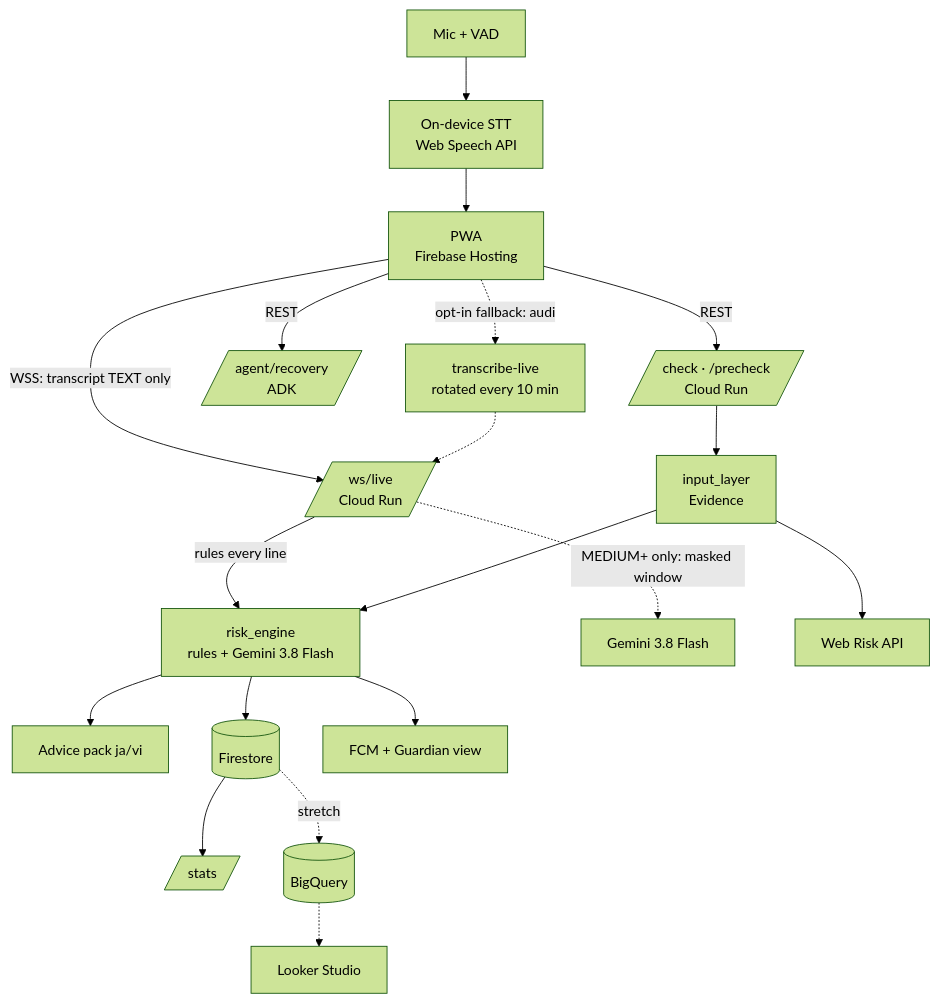
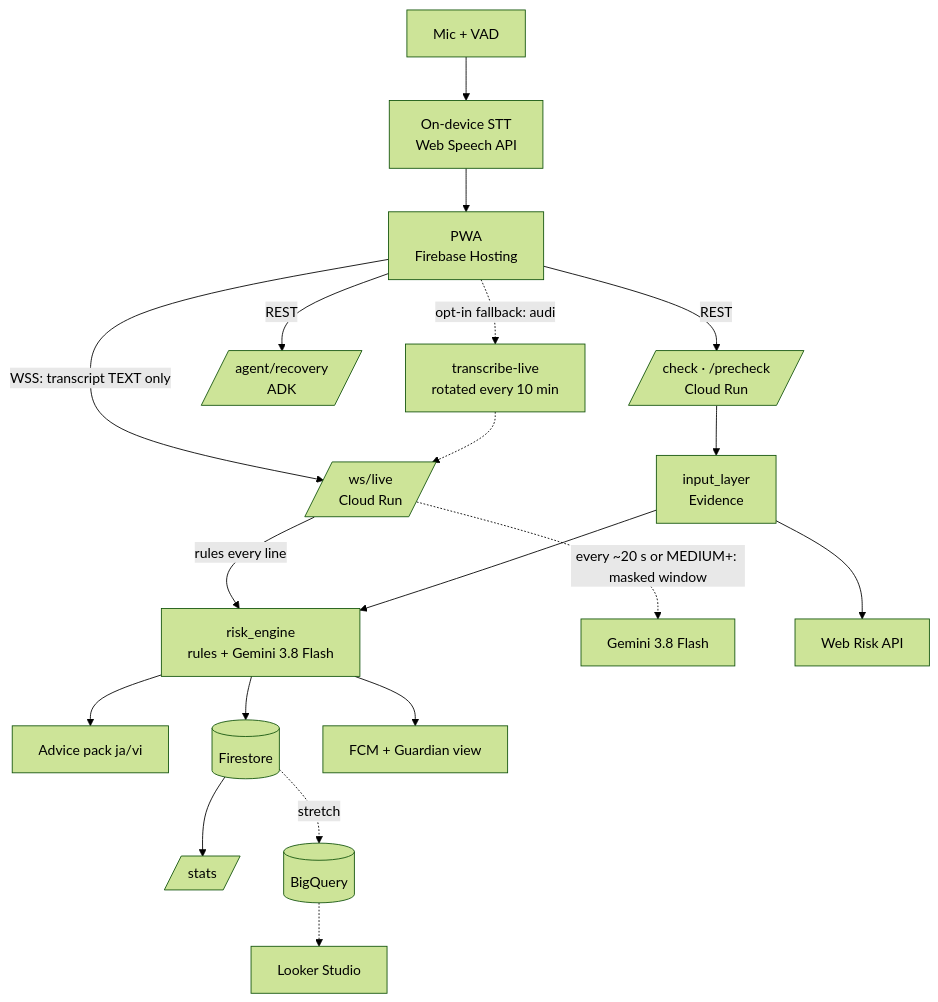
Before and after one commit to TinNV4/sagi-shield: the first of 2 diagrams in docs/PLAN.md, drawn with Mermaid (forest theme). The commit also changed other lines of this file and 6 other files, not shown here.

First line of the commit message:
Docs: one HIGH recall figure (91.2%), six agent tools, live gate as running

````diff
--- a/docs/PLAN.md
+++ b/docs/PLAN.md
@@ -145,19 +145,19 @@
 ```mermaid
 flowchart TD
   MIC[Mic + VAD] --> OSTT[On-device STT<br/>Web Speech API]
   OSTT --> U
   U[PWA<br/>Firebase Hosting] -->|WSS: transcript TEXT only| L[/ws/live<br/>Cloud Run/]
   U -->|REST| C[/check · /precheck<br/>Cloud Run/]
   U -->|REST| AG[/agent/recovery<br/>ADK/]
   L -->|rules every line| E
-  L -.MEDIUM+ only: masked window.-> G[Gemini 3.8 Flash]
+  L -.every ~20 s or MEDIUM+: masked window.-> G[Gemini 3.8 Flash]
   U -.opt-in fallback: audio.-> STT[transcribe-live<br/>rotated every 10 min] -.-> L
   C --> IN[input_layer<br/>Evidence]
   IN --> E[risk_engine<br/>rules + Gemini 3.8 Flash]
   E --> ADV[Advice pack ja/vi]
   E --> FS[(Firestore)]
   FS --> ST[/stats/]
   FS -.stretch.-> BQ[(BigQuery)] -.-> LS[Looker Studio]
   E --> FCM[FCM + Guardian view]
   IN --> WR[Web Risk API]
 ```
````
